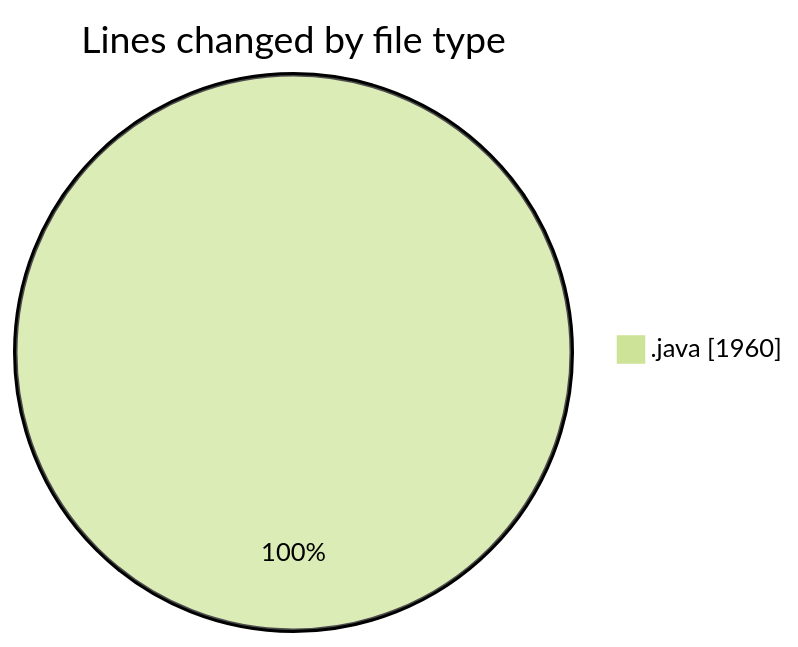
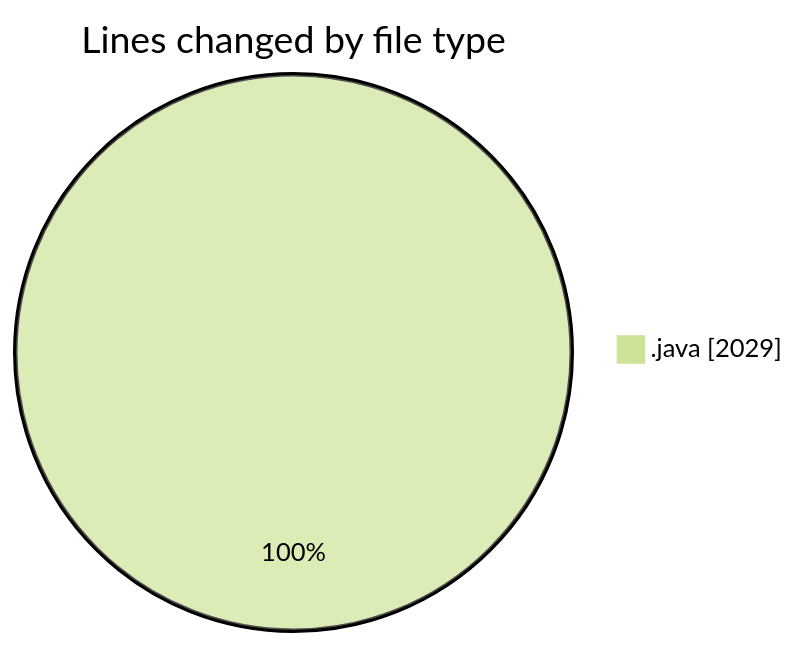
The first of 2 diagrams in 2025-02-20/masm/README.md (charlie-sans/code-tracking), drawn with Mermaid (forest theme) before and after one commit. The commit also changed other lines of this file and 1 other file, not shown here.

````diff
--- a/2025-02-20/masm/README.md
+++ b/2025-02-20/masm/README.md
@@ -22,5 +23,5 @@
 ```mermaid
 pie showData
 title Lines changed by file type
-".java" : 1960
+".java" : 2029
 ```
````
